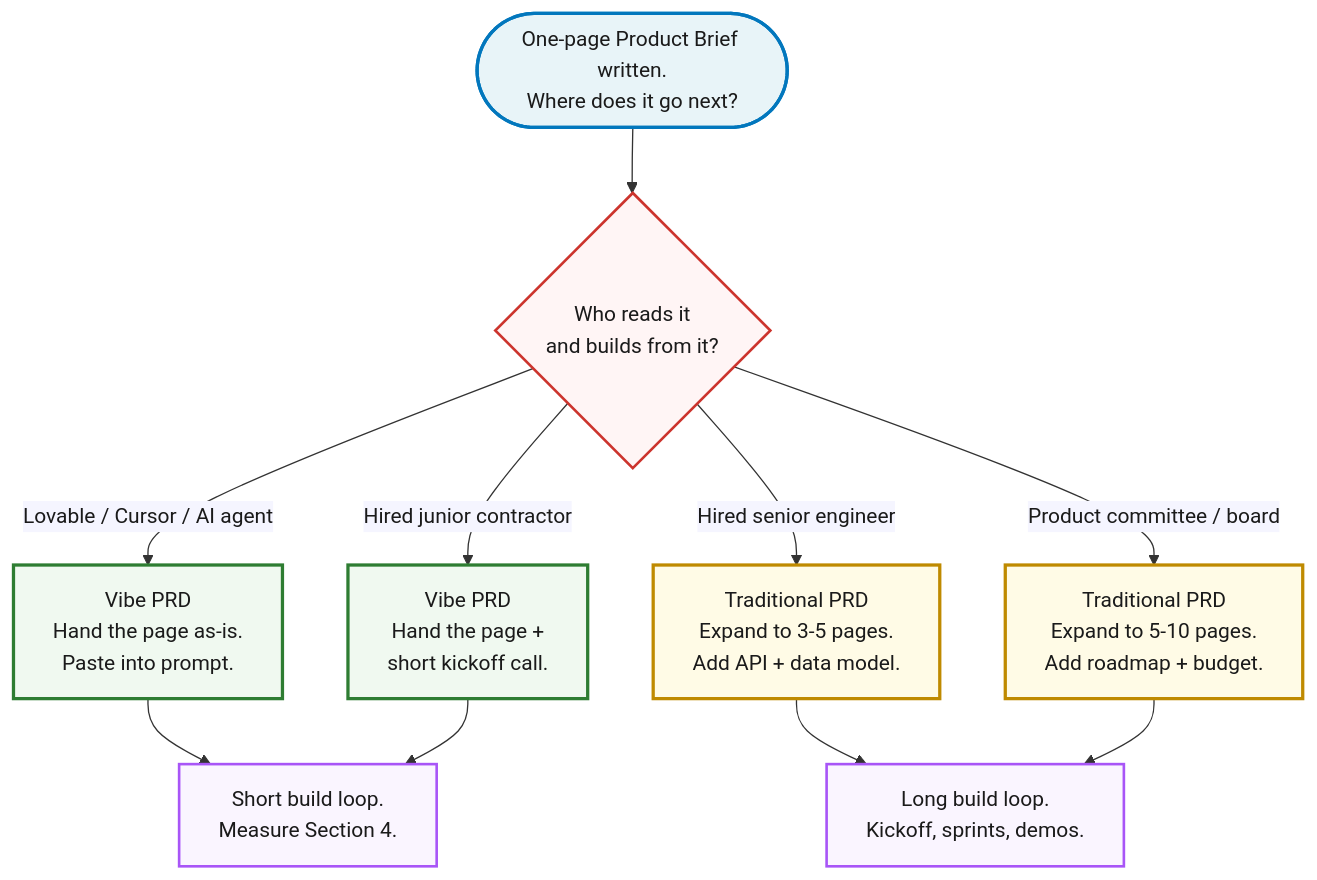
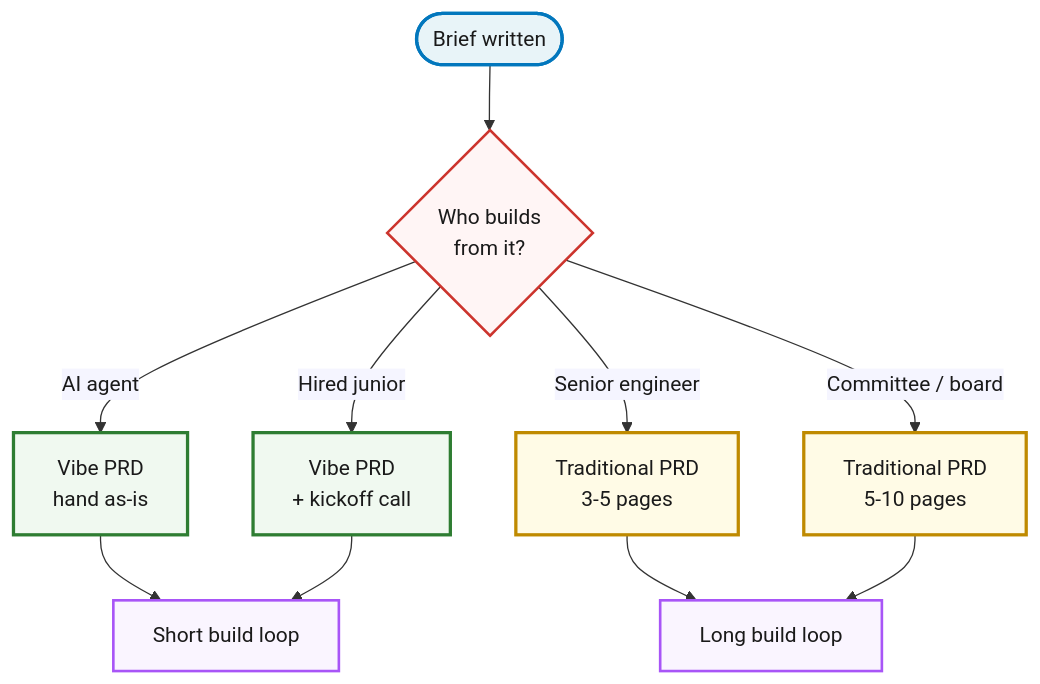
Before and after one commit to jetthoughts/jetthoughts.github.io: the diagram in content/course/tech-for-non-technical-founders-2026/one-page-product-brief-vibe-prd/index.md, drawn with Mermaid. The commit also changed other lines of this file and 2 other files, not shown here.

Commit message:
fix(course): 3.1 visual QA - mermaid node clipping, SVG text overflow, cohort-structure leftover
Scroll-through review at 1280x800 caught: 2-forks mermaid text clipped
in every node (labels shortened, now renders clean); vibe-prd SVG
subtitle + 3 example lines overflowed the notebook-card border
(user-reported); Maven table still said 'spends 2 of 4 weeks'.

Claude-Session: https://claude.ai/code/session_01GYRU9wGepomJo5hSuqtu7V

````diff
--- a/content/course/tech-for-non-technical-founders-2026/one-page-product-brief-vibe-prd/index.md
+++ b/content/course/tech-for-non-technical-founders-2026/one-page-product-brief-vibe-prd/index.md
@@ -111,26 +111,26 @@
 ```mermaid
 %%{init: {'theme':'base', 'themeVariables': {'fontFamily':'Caveat, Patrick Hand, cursive', 'primaryColor':'#fff5f5', 'primaryBorderColor':'#cc342d', 'lineColor':'#333', 'primaryTextColor':'#1a1a1a'}}}%%
 flowchart TD
-    Start(["One-page Product Brief written.<br/>Where does it go next?"])
-    Start --> Q1{Who reads it<br/>and builds from it?}
-    Q1 -->|Lovable / Cursor / AI agent| Vibe1[Vibe PRD<br/>Hand the page as-is.<br/>Paste into prompt.]
-    Q1 -->|Hired junior contractor| Vibe2[Vibe PRD<br/>Hand the page +<br/>short kickoff call.]
-    Q1 -->|Hired senior engineer| Trad1[Traditional PRD<br/>Expand to 3-5 pages.<br/>Add API + data model.]
-    Q1 -->|Product committee / board| Trad2[Traditional PRD<br/>Expand to 5-10 pages.<br/>Add roadmap + budget.]
-    Vibe1 --> Ship1[Short build loop.<br/>Measure Section 4.]
+    Start(["Brief written"])
+    Start --> Q1{Who builds<br/>from it?}
+    Q1 -->|AI agent| Vibe1[Vibe PRD<br/>hand as-is]
+    Q1 -->|Hired junior| Vibe2[Vibe PRD<br/>+ kickoff call]
+    Q1 -->|Senior engineer| Trad1[Traditional PRD<br/>3-5 pages]
+    Q1 -->|Committee / board| Trad2[Traditional PRD<br/>5-10 pages]
+    Vibe1 --> Ship1[Short build loop]
     Vibe2 --> Ship1
-    Trad1 --> Ship2[Long build loop.<br/>Kickoff, sprints, demos.]
+    Trad1 --> Ship2[Long build loop]
     Trad2 --> Ship2
 
     classDef start fill:#e8f4f8,stroke:#0277bd,stroke-width:2.5px,color:#1a1a1a
     classDef vibe fill:#f0f9f0,stroke:#2e7d32,stroke-width:2.5px,color:#1a1a1a
     classDef trad fill:#fffbe6,stroke:#bf8a00,stroke-width:2.5px,color:#1a1a1a
     classDef ship fill:#faf5ff,stroke:#a855f7,stroke-width:2px,color:#1a1a1a
     classDef decision fill:#fff5f5,stroke:#cc342d,stroke-width:2px,color:#1a1a1a
 
     class Start start
     class Q1 decision
     class Vibe1,Vibe2 vibe
     class Trad1,Trad2 trad
     class Ship1,Ship2 ship
 ```
````
